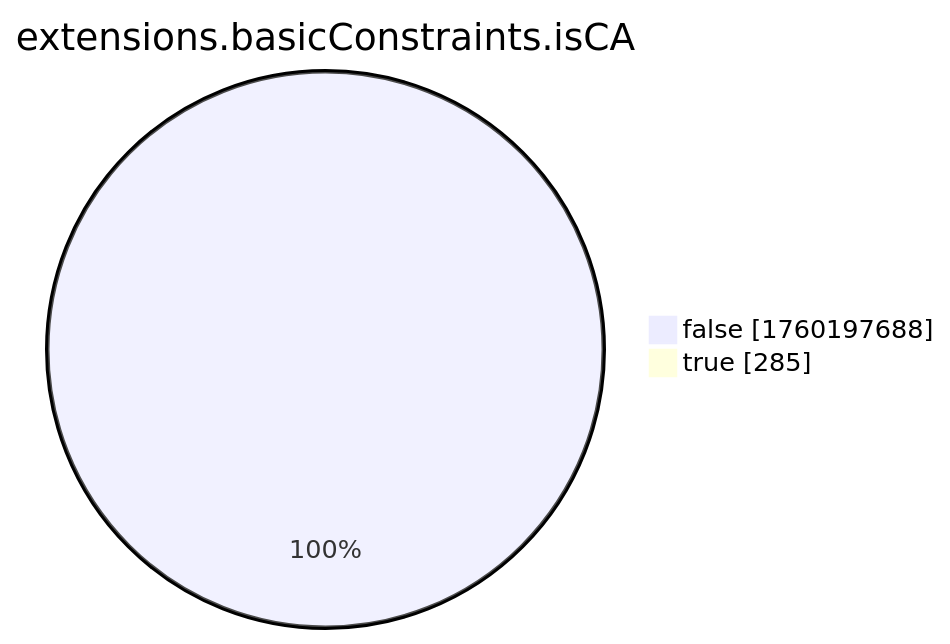
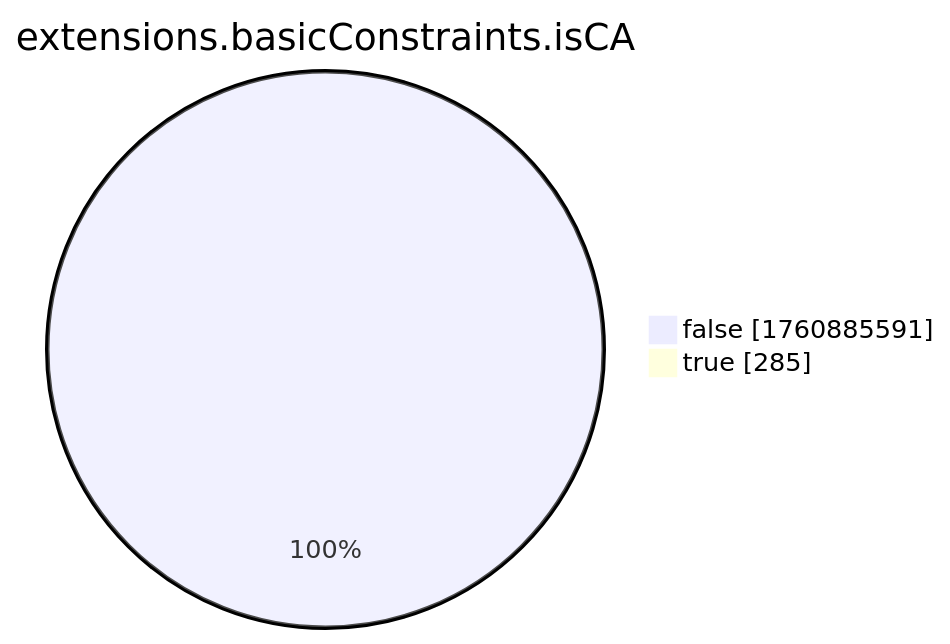
One commit to christiankrug/ctmonitor_visualization changed the eighth of 15 diagrams in xenon2022/README.md. Above: the diagram before and after it, drawn with Mermaid. The commit also changed other lines of this file, not shown here.

````diff
--- a/xenon2022/README.md
+++ b/xenon2022/README.md
@@ -2868,6 +2868,6 @@
 ```mermaid
 pie showData
 title extensions.basicConstraints.isCA
-"false" :1760197688
+"false" :1760885591
 "true" :285
 ```
````
